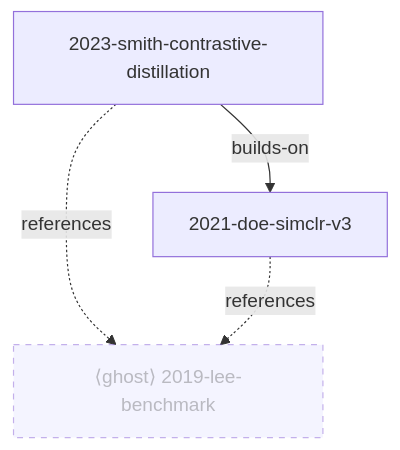
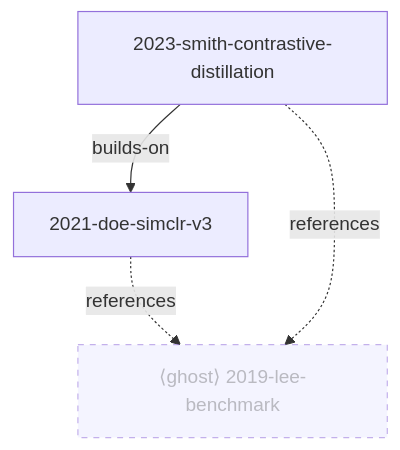
One commit to akhatami/claude-research-agent changed the diagram in README.md. Above: the diagram before and after it, drawn with Mermaid. The commit also changed 3 other files, not shown here.

First line of the commit message:
test: guard view-generator graph filters; faithful README graph; no ResourceWarning

````diff
--- a/README.md
+++ b/README.md
@@ -32,8 +32,11 @@
 ```mermaid
 graph TD
-    smith["2023-smith-contrastive-distillation"] -->|builds-on| doe["2021-doe-simclr-v3"]
-    smith -. references .-> lee["⟨ghost⟩ 2019-lee-benchmark"]
-    doe -. references .-> lee
+    n_2021_doe_simclr_v3["2021-doe-simclr-v3"]
+    n_2023_smith_contrastive_distillation["2023-smith-contrastive-distillation"]
+    n_2023_smith_contrastive_distillation -->|builds-on| n_2021_doe_simclr_v3
+    ghost_2019_lee_benchmark["⟨ghost⟩ 2019-lee-benchmark"]
+    n_2021_doe_simclr_v3 -. references .-> ghost_2019_lee_benchmark
+    n_2023_smith_contrastive_distillation -. references .-> ghost_2019_lee_benchmark
     classDef ghost stroke-dasharray:5 5,opacity:0.55;
-    class lee ghost;
+    class ghost_2019_lee_benchmark ghost;
 ```
````
